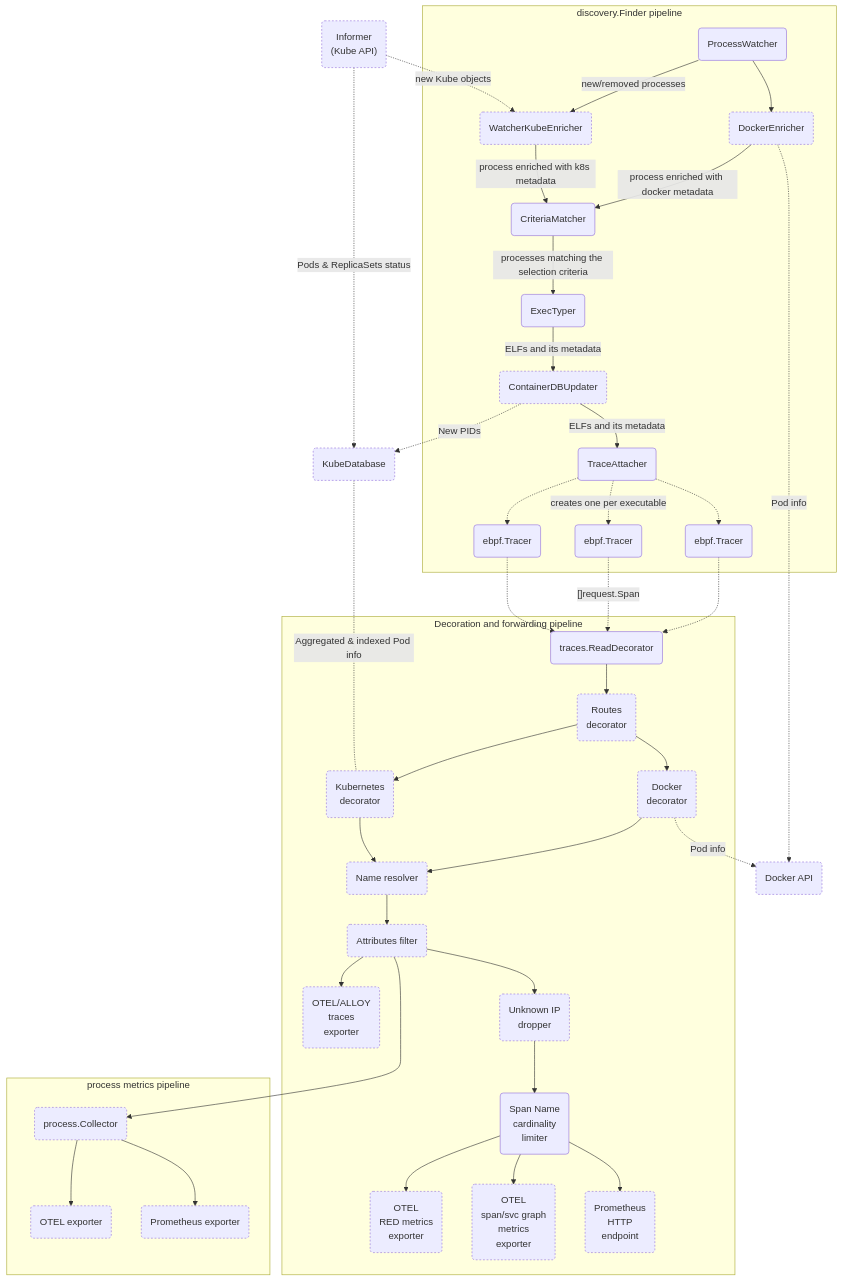
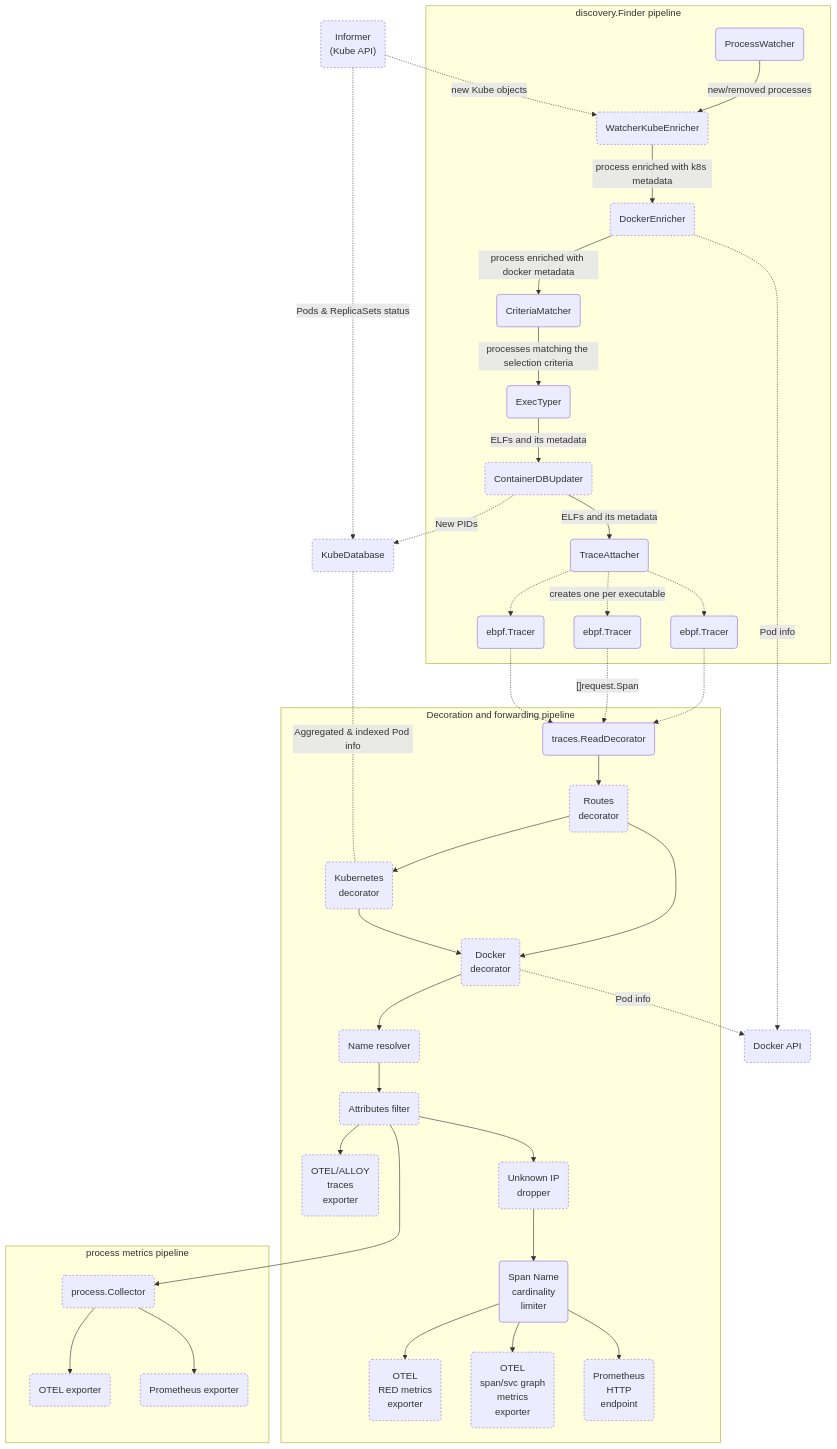
The first of 2 diagrams in devdocs/pipeline-map.md (open-telemetry/opentelemetry-ebpf-instrumentation), drawn with Mermaid before and after one commit. The commit also changed 6 other files, not shown here.

````diff
--- a/devdocs/pipeline-map.md
+++ b/devdocs/pipeline-map.md
@@ -18,49 +18,48 @@
 ```mermaid
 flowchart TD
     classDef optional stroke-dasharray: 3 3;
     subgraph discovery.Finder pipeline
         PW(ProcessWatcher) --> |new/removed processes| KWE
-        PW --> DE
+        KWE(WatcherKubeEnricher):::optional --> |process enriched with k8s metadata| DE
         DE(DockerEnricher):::optional --> |process enriched with docker metadata| CM
-        KWE(WatcherKubeEnricher):::optional --> |process enriched with k8s metadata| CM
         CM(CriteriaMatcher) --> |processes matching the selection criteria| ET(ExecTyper)
         ET --> |ELFs and its metadata| CU
         CU(ContainerDBUpdater):::optional --> |ELFs and its metadata| TA
         TA(TraceAttacher) -.-> EBPF1(ebpf.Tracer)
         TA -.-> |creates one per executable| EBPF2(ebpf.Tracer)
         TA -.-> EBPF3(ebpf.Tracer)
     end
     subgraph Decoration and forwarding pipeline
         EBPF1 -.-> TR
         EBPF2 -.-> |"[]request.Span"| TR
         EBPF3 -.-> TR
         TR(traces.ReadDecorator) --> ROUT(Routes<br/>decorator)
         ROUT:::optional --> DOCKDEC(Docker<br/>decorator)
         ROUT:::optional --> KD(Kubernetes<br/>decorator)
+        KD:::optional --> DOCKDEC
         DOCKDEC:::optional --> NR
-        KD:::optional --> NR
         NR(Name resolver):::optional --> AF
         
         AF(Attributes filter):::optional --> OTELT(OTEL/ALLOY<br/> traces<br/> exporter):::optional
 
         
         AF --> IPD(Unknown IP<br/>dropper):::optional
         IPD --> SNCL(Span Name<br/>cardinality<br/>limiter)
         SNCL --> OTELRM(OTEL<br/>RED metrics<br/> exporter):::optional
         SNCL --> OTELSM(OTEL<br/>span/svc graph<br/>metrics<br/> exporter):::optional
         SNCL --> PROM(Prometheus<br/>HTTP<br/>endpoint):::optional
     end
     CU -.-> |New PIDs| KDB
     DE -.-> |Pod info| DOCKAPI(Docker API):::optional
     DOCKDEC -.-> |Pod info| DOCKAPI(Docker API):::optional
     KDB(KubeDatabase):::optional <-.- | Aggregated & indexed Pod info | KD
     IF("Informer<br/>(Kube API)"):::optional -.-> |Pods & ReplicaSets status| KDB
     IF -.-> |new Kube objects| KWE
     AF ---> PC
     subgraph process metrics pipeline
         PC("process.Collector"):::optional --> POTEL
         PC --> PPROM
         POTEL("OTEL exporter"):::optional
         PPROM("Prometheus exporter"):::optional
     end
 ```
````
